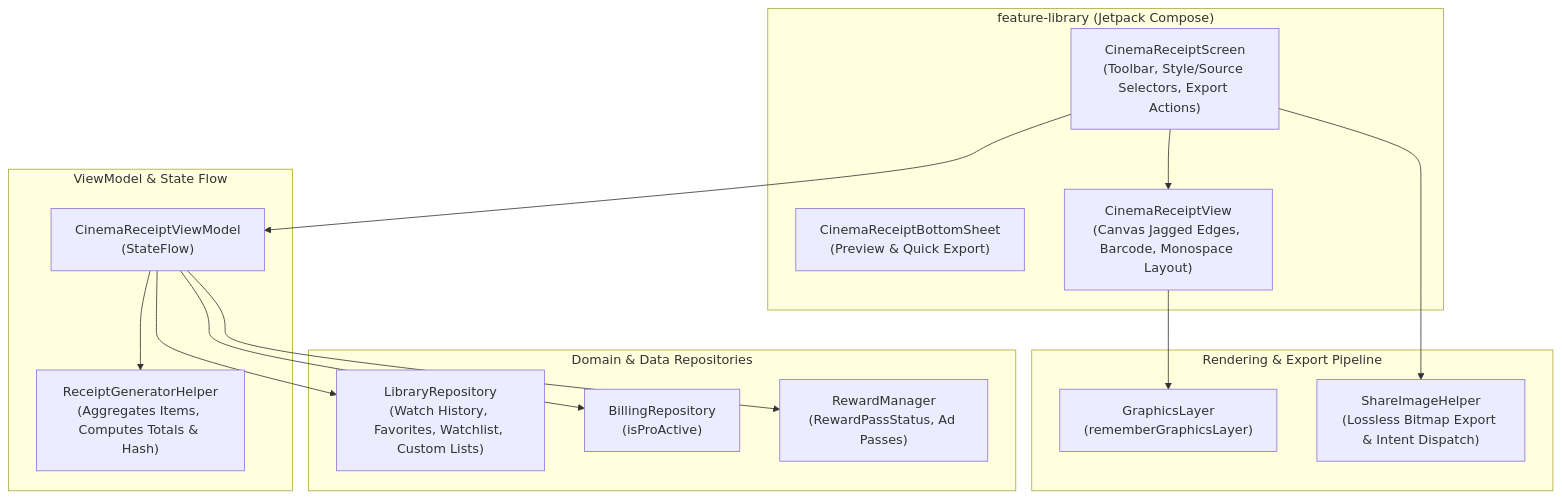
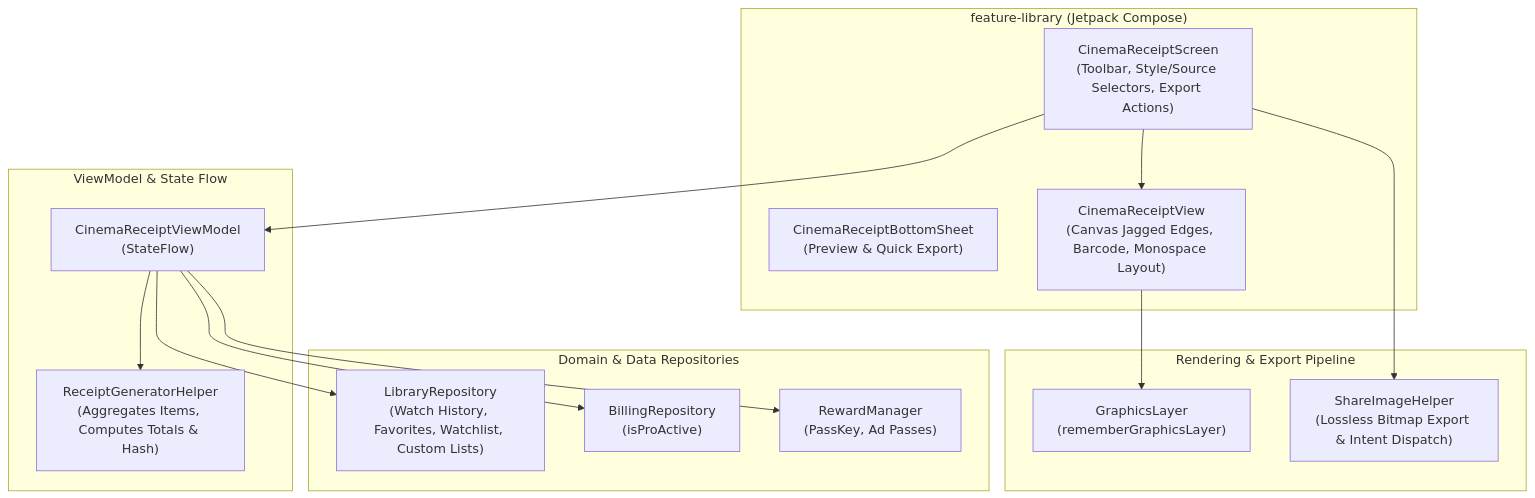
The first of 2 diagrams in docs/features/VINTAGE_CINEMA_RECEIPT_ARCHITECTURE.md (SSVerma/ShowTime2), drawn with Mermaid before and after one commit. The commit also changed other lines of this file and 49 other files, not shown here.

````diff
--- a/docs/features/VINTAGE_CINEMA_RECEIPT_ARCHITECTURE.md
+++ b/docs/features/VINTAGE_CINEMA_RECEIPT_ARCHITECTURE.md
@@ -75,33 +75,33 @@
 ```mermaid
 flowchart TD
     subgraph UI["feature-library (Jetpack Compose)"]
         Screen["CinemaReceiptScreen\n(Toolbar, Style/Source Selectors, Export Actions)"]
         Sheet["CinemaReceiptBottomSheet\n(Preview & Quick Export)"]
         View["CinemaReceiptView\n(Canvas Jagged Edges, Barcode, Monospace Layout)"]
     end
 
     subgraph ViewModelLayer["ViewModel & State Flow"]
         VM["CinemaReceiptViewModel\n(StateFlow<CinemaReceiptUiState>)"]
         Helper["ReceiptGeneratorHelper\n(Aggregates Items, Computes Totals & Hash)"]
     end
 
     subgraph Repositories["Domain & Data Repositories"]
         LibRepo["LibraryRepository\n(Watch History, Favorites, Watchlist, Custom Lists)"]
         BillingRepo["BillingRepository\n(isProActive)"]
-        RewardMgr["RewardManager\n(RewardPassStatus, Ad Passes)"]
+        RewardMgr["RewardManager\n(PassKey, Ad Passes)"]
     end
 
     subgraph ExportPipeline["Rendering & Export Pipeline"]
         GLayer["GraphicsLayer\n(rememberGraphicsLayer)"]
         Share["ShareImageHelper\n(Lossless Bitmap Export & Intent Dispatch)"]
     end
 
     Screen --> VM
     VM --> LibRepo
     VM --> BillingRepo
     VM --> RewardMgr
     VM --> Helper
     Screen --> View
     View --> GLayer
     Screen --> Share
 ```
````
